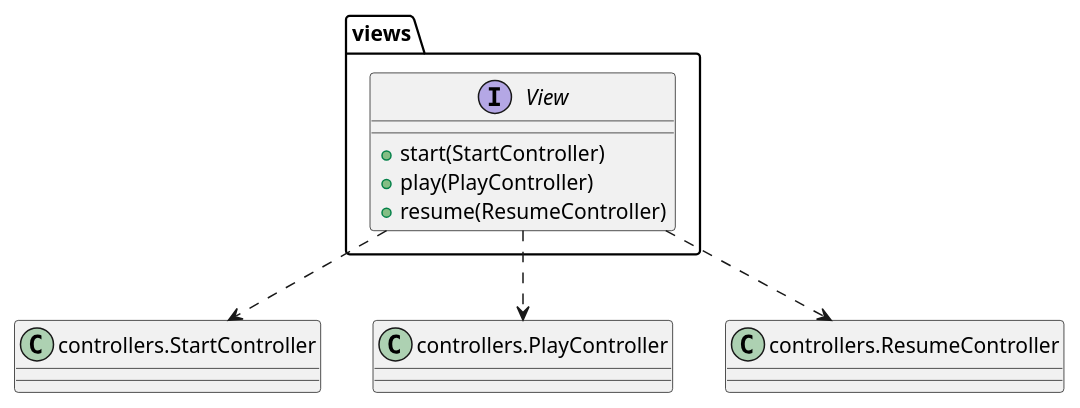
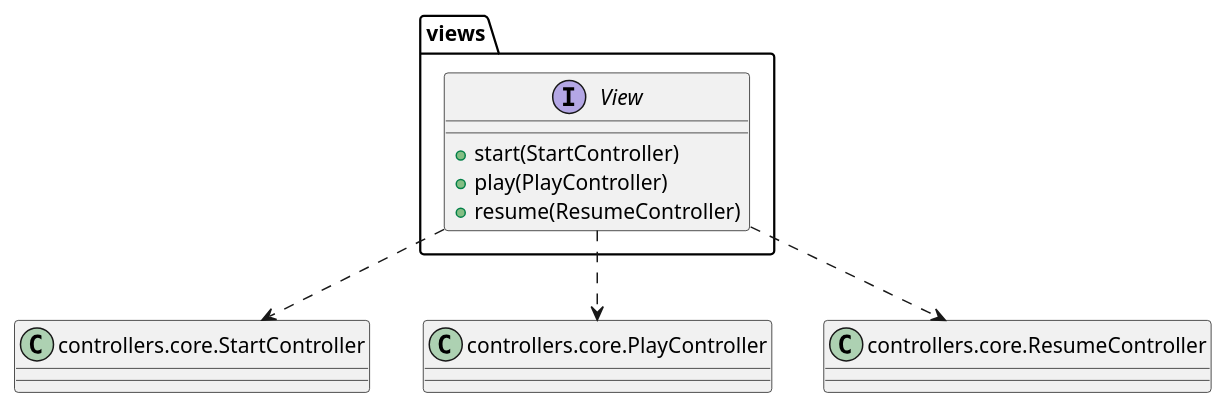
Before and after one commit to js-rom/connect4: the diagram in connect4/Docs/diagrams/src/packages/connect4.connect4.views.plantuml, drawn with PlantUML. The commit also changed 24 other files, not shown here.

```diff
--- a/connect4/Docs/diagrams/src/packages/connect4.connect4.views.plantuml
+++ b/connect4/Docs/diagrams/src/packages/connect4.connect4.views.plantuml
@@ -1,18 +1,18 @@
 @startuml connect4.connect4.views
 
 
 interface views.View
-class StartController as "controllers.StartController"
-class PlayController as "controllers.PlayController"
-class ResumeController as "controllers.ResumeController"
+class StartController as "controllers.core.StartController"
+class PlayController as "controllers.core.PlayController"
+class ResumeController as "controllers.core.ResumeController"
 
 View : +start(StartController)
 View : +play(PlayController)
 View : +resume(ResumeController)
 
 View ..> StartController
 View ..> PlayController
 View ..> ResumeController
 
 
 @enduml
```
